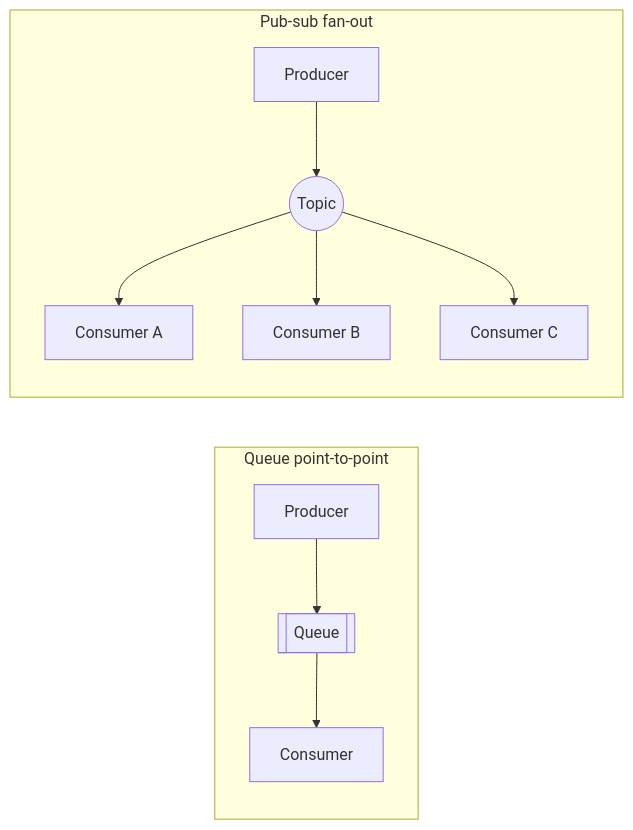
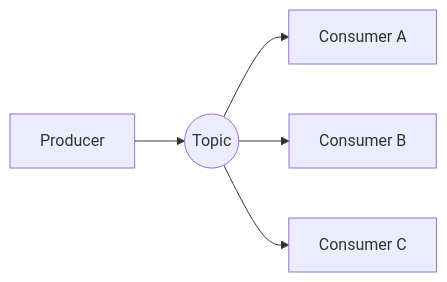
One commit to zirachw/LockedIn changed the fourth of 4 diagrams in system-design/messaging/messaging.md. Above: the diagram before and after it, drawn with Mermaid. The commit also changed other lines of this file, not shown here.

Commit message:
feat: update messaging

````diff
--- a/system-design/messaging/messaging.md
+++ b/system-design/messaging/messaging.md
@@ -56,14 +64,7 @@
 ```mermaid
 flowchart LR
-    subgraph Queue point-to-point
-        P1[Producer] --> Q[[Queue]]
-        Q --> C1[Consumer]
-    end
-
-    subgraph Pub-sub fan-out
-        P2[Producer] --> T((Topic))
-        T --> CA[Consumer A]
-        T --> CB[Consumer B]
-        T --> CC[Consumer C]
-    end
+    P[Producer] --> T((Topic))
+    T --> CA[Consumer A]
+    T --> CB[Consumer B]
+    T --> CC[Consumer C]
 ```
````
